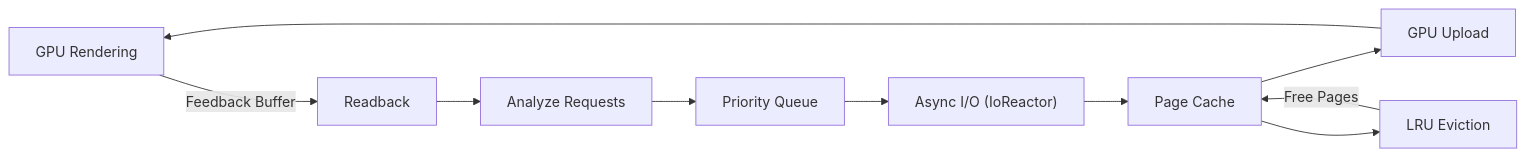
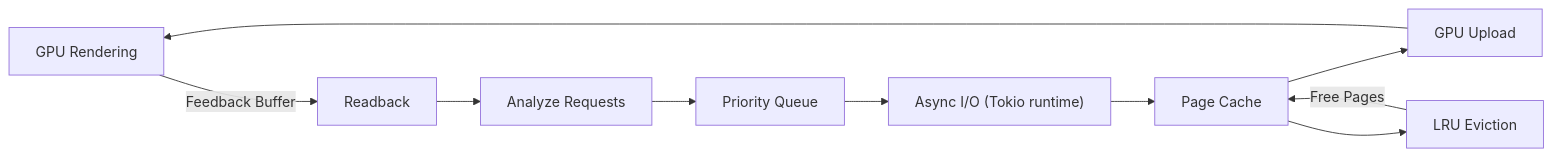
One commit to harmonius-dev/harmonius changed the sixth of 6 diagrams in docs/design/core-runtime/shared-primitives.md. Above: the diagram before and after it, drawn with Mermaid. The commit also changed other lines of this file and 229 other files, not shown here.

````diff
--- a/docs/design/core-runtime/shared-primitives.md
+++ b/docs/design/core-runtime/shared-primitives.md
@@ -1611,12 +1611,12 @@
 ```mermaid
 flowchart LR
     GPU[GPU Rendering] -->|Feedback Buffer| RB[Readback]
     RB --> AN[Analyze Requests]
     AN --> PQ[Priority Queue]
-    PQ --> IO["Async I/O (IoReactor)"]
+    PQ --> IO["Async I/O (Tokio runtime)"]
     IO --> CACHE[Page Cache]
     CACHE --> UPLOAD[GPU Upload]
     UPLOAD --> GPU
     CACHE --> LRU[LRU Eviction]
     LRU -->|Free Pages| CACHE
 ```
````
